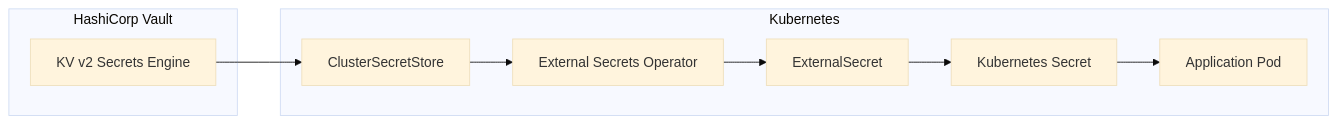
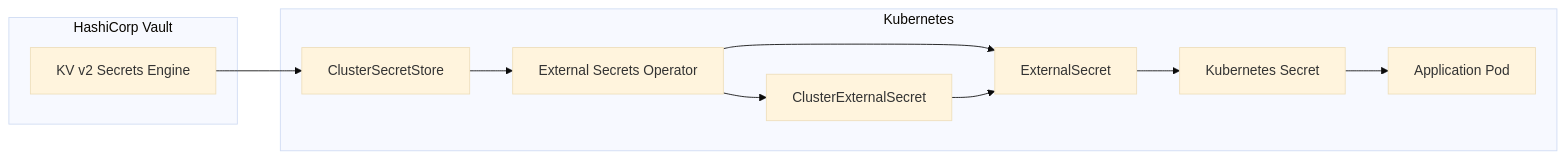
Before and after one commit to duynhlab/homelab: the diagram in docs/secrets/secrets-management.md, drawn with Mermaid (base theme). The commit also changed other lines of this file and 12 other files, not shown here.

````diff
--- a/docs/secrets/secrets-management.md
+++ b/docs/secrets/secrets-management.md
@@ -18,20 +18,23 @@
 ```mermaid
 flowchart LR
-    subgraph Vault["HashiCorp Vault"]
+    subgraph VaultBox["HashiCorp Vault"]
         KV["KV v2 Secrets Engine"]
     end
-    
+
     subgraph K8s["Kubernetes"]
         ESO["External Secrets Operator"]
         CSS["ClusterSecretStore"]
+        CES["ClusterExternalSecret"]
         ES["ExternalSecret"]
         Secret["Kubernetes Secret"]
         App["Application Pod"]
     end
-    
+
     KV --> CSS
     CSS --> ESO
+    ESO --> CES
     ESO --> ES
+    CES --> ES
     ES --> Secret
     Secret --> App
 ```
````
